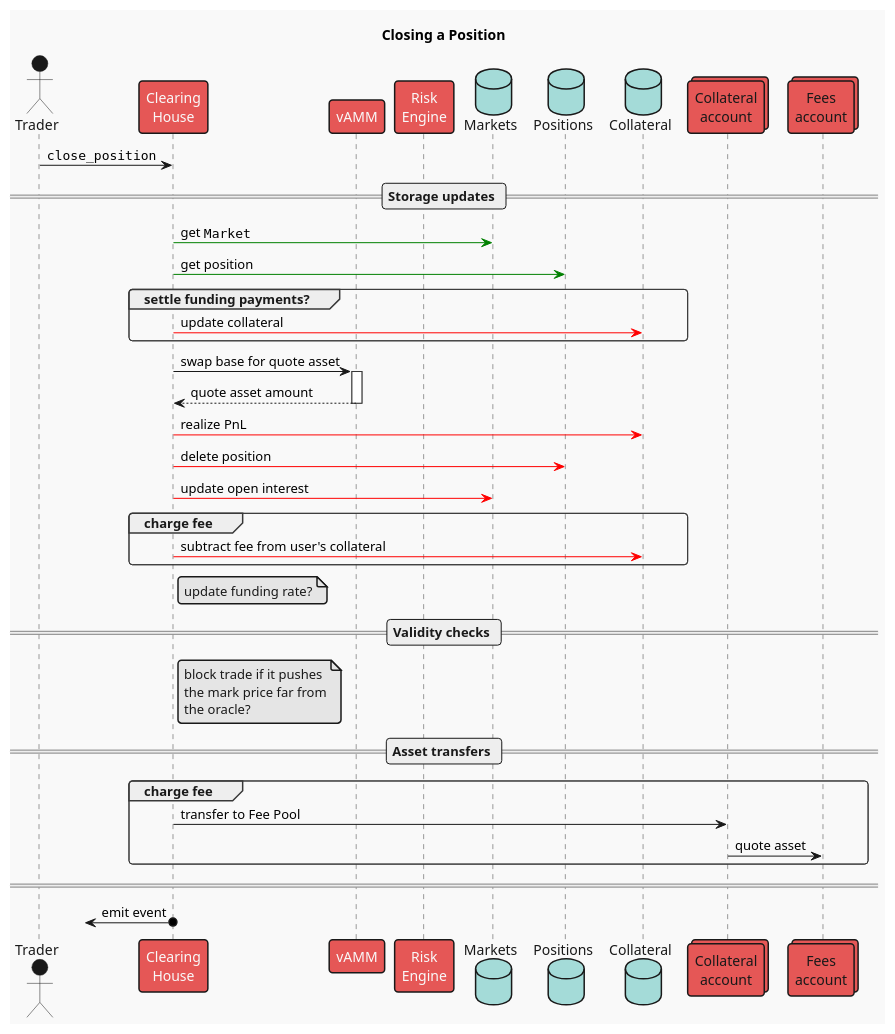
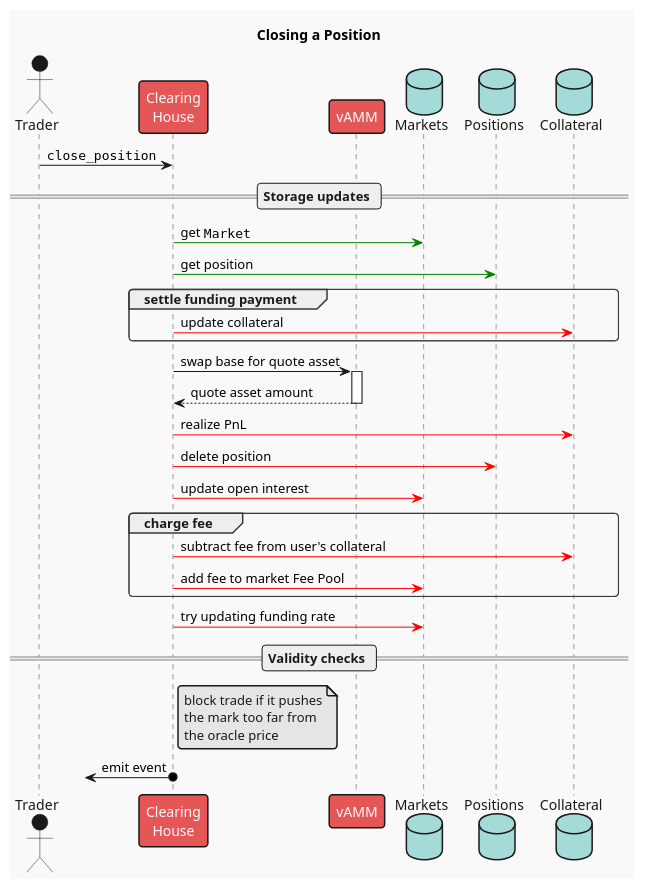
The diagram in frame/clearing-house/diagrams/close-position.plantuml (ComposableFi/composable), drawn with PlantUML before and after one commit.

Commit message:
docs(CH): update close-position seq diagram
CU-2nvh2rt[IN REVIEW]

```diff
--- a/frame/clearing-house/diagrams/close-position.plantuml
+++ b/frame/clearing-house/diagrams/close-position.plantuml
@@ -1,62 +1,49 @@
 @startuml close_position
 !theme mars
 
 title Closing a Position
 
 actor "Trader" as user
 participant "Clearing\nHouse" as ch
 participant "vAMM" as vamm
-participant "Risk\nEngine" as risk
 database "Markets" as mkts
 database "Positions" as positions
 database "Collateral" as accs
-collections "Collateral\naccount" as vault
-collections "Fees\naccount" as fees
 
 user -> ch : ""close_position""
 
 == Storage updates ==
 
 ch -[#green]> mkts : get ""Market""
 ch -[#green]> positions : get position
 'note right CH: compute quote asset\nnotional amount
 
-group settle funding payments?
+group settle funding payment
 ch -[#red]> accs : update collateral
 end
 
 ch -> vamm ++ : swap base for quote asset
 return quote asset amount
 
 ch -[#red]> accs : realize PnL
 
 ch -[#red]> positions : delete position
 ch -[#red]> mkts : update open interest
 
 group charge fee
 ch -[#red]> accs : subtract fee from user's collateral
+ch -[#red]> mkts : add fee to market Fee Pool
 end
 
-note right ch
-update funding rate?
-end note
+ch -[#red]> mkts : try updating funding rate
 
 == Validity checks ==
 
 note right ch
 block trade if it pushes
-the mark price far from
-the oracle?
+the mark too far from
+the oracle price
 end note
-
-== Asset transfers ==
-
-group charge fee
-ch -> vault : transfer to Fee Pool
-vault -> fees : quote asset
-end
-
-====
 
 ?<-o ch : emit event
 @enduml
```
